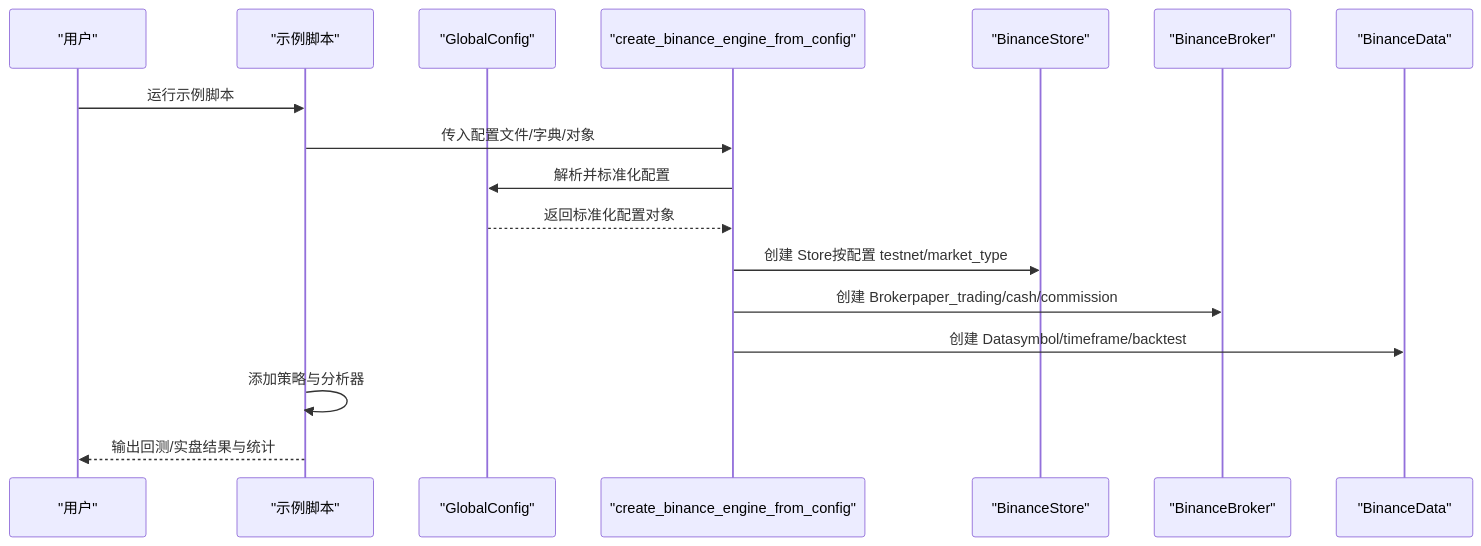
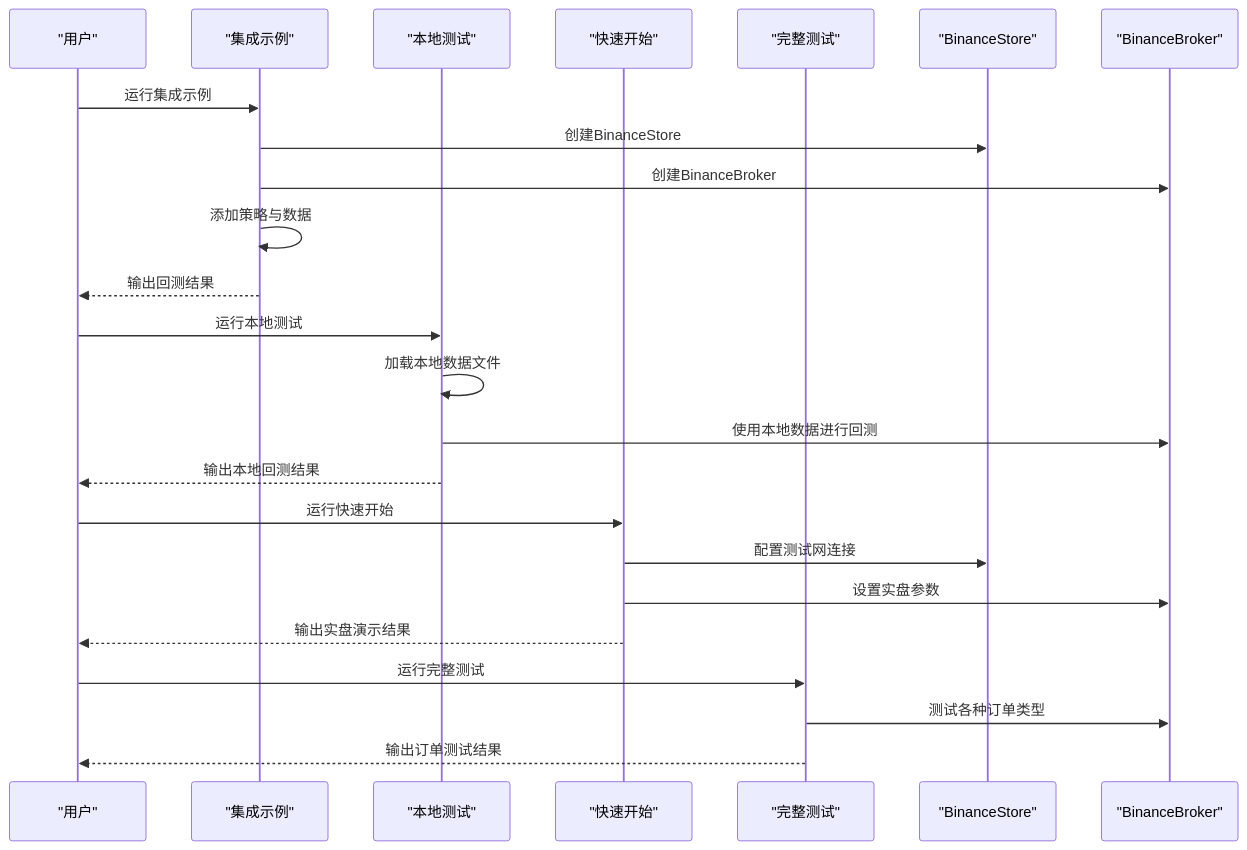
One commit to bench-prog/backtrader changed the second of 3 diagrams in .qoder/repowiki/zh/content/实盘交易模块/Binance交易所集成/示例脚本集.md. Above: the diagram before and after it, drawn with Mermaid. The commit also changed other lines of this file and 23 other files, not shown here.

````diff
--- a/.qoder/repowiki/zh/content/实盘交易模块/Binance交易所集成/示例脚本集.md
+++ b/.qoder/repowiki/zh/content/实盘交易模块/Binance交易所集成/示例脚本集.md
@@ -118,19 +101,26 @@
 ```mermaid
 sequenceDiagram
 participant U as "用户"
-participant EX as "示例脚本"
-participant CFG as "GlobalConfig"
-participant CF as "create_binance_engine_from_config"
-participant ST as "BinanceStore"
-participant BR as "BinanceBroker"
-participant DF as "BinanceData"
-U->>EX : 运行示例脚本
-EX->>CF : 传入配置文件/字典/对象
-CF->>CFG : 解析并标准化配置
-CFG-->>CF : 返回标准化配置对象
-CF->>ST : 创建 Store按配置 testnet/market_type
-CF->>BR : 创建 Brokerpaper_trading/cash/commission
-CF->>DF : 创建 Datasymbol/timeframe/backtest
-EX->>EX : 添加策略与分析器
-EX-->>U : 输出回测/实盘结果与统计
+participant BE as "集成示例"
+participant BL as "本地测试"
+participant BQ as "快速开始"
+participant BT as "完整测试"
+participant BS as "BinanceStore"
+participant BB as "BinanceBroker"
+U->>BE : 运行集成示例
+BE->>BS : 创建BinanceStore
+BE->>BB : 创建BinanceBroker
+BE->>BE : 添加策略与数据
+BE-->>U : 输出回测结果
+U->>BL : 运行本地测试
+BL->>BL : 加载本地数据文件
+BL->>BB : 使用本地数据进行回测
+BL-->>U : 输出本地回测结果
+U->>BQ : 运行快速开始
+BQ->>BS : 配置测试网连接
+BQ->>BB : 设置实盘参数
+BQ-->>U : 输出实盘演示结果
+U->>BT : 运行完整测试
+BT->>BB : 测试各种订单类型
+BT-->>U : 输出订单测试结果
 ```
````
